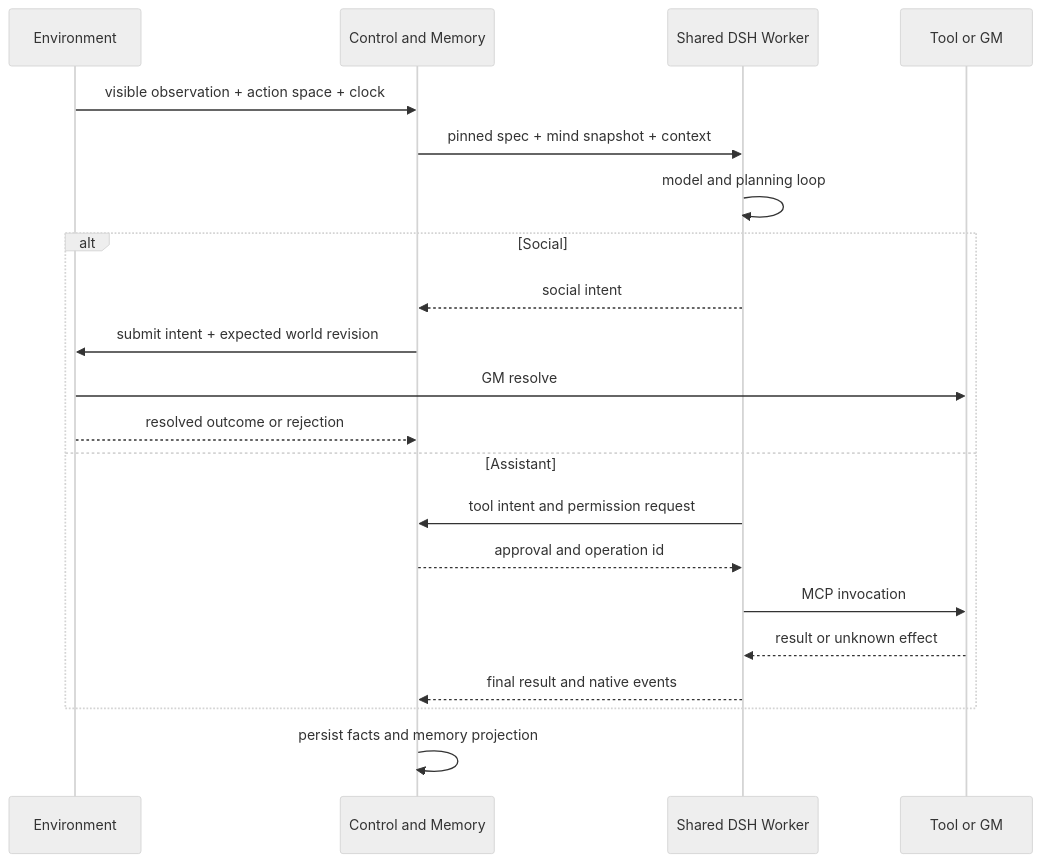
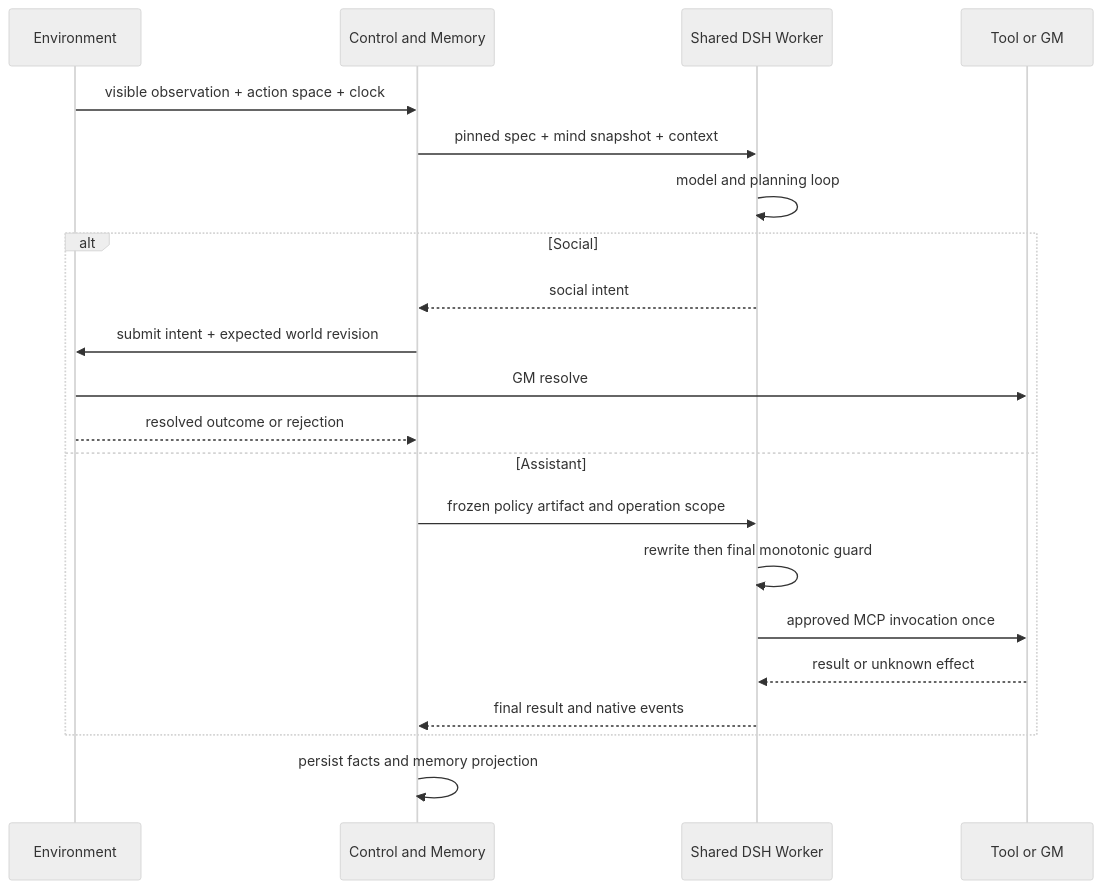
Before and after one commit to ChaunceyKung/Actio-RSI-infra: the fourth of 5 diagrams in docs/planning/03_target_architecture.md, drawn with Mermaid (neutral theme). The commit also changed other lines of this file and 64 other files, not shown here.

````diff
--- a/docs/planning/03_target_architecture.md
+++ b/docs/planning/03_target_architecture.md
@@ -83,23 +85,23 @@
 ```mermaid
 sequenceDiagram
   participant E as Environment
   participant C as Control and Memory
   participant W as Shared DSH Worker
   participant T as Tool or GM
   E->>C: visible observation + action space + clock
   C->>W: pinned spec + mind snapshot + context
   W->>W: model and planning loop
   alt Social
     W-->>C: social intent
     C->>E: submit intent + expected world revision
     E->>T: GM resolve
     E-->>C: resolved outcome or rejection
   else Assistant
-    W->>C: tool intent and permission request
-    C-->>W: approval and operation id
-    W->>T: MCP invocation
+    C->>W: frozen policy artifact and operation scope
+    W->>W: rewrite then final monotonic guard
+    W->>T: approved MCP invocation once
     T-->>W: result or unknown effect
     W-->>C: final result and native events
   end
   C->>C: persist facts and memory projection
 ```
````
